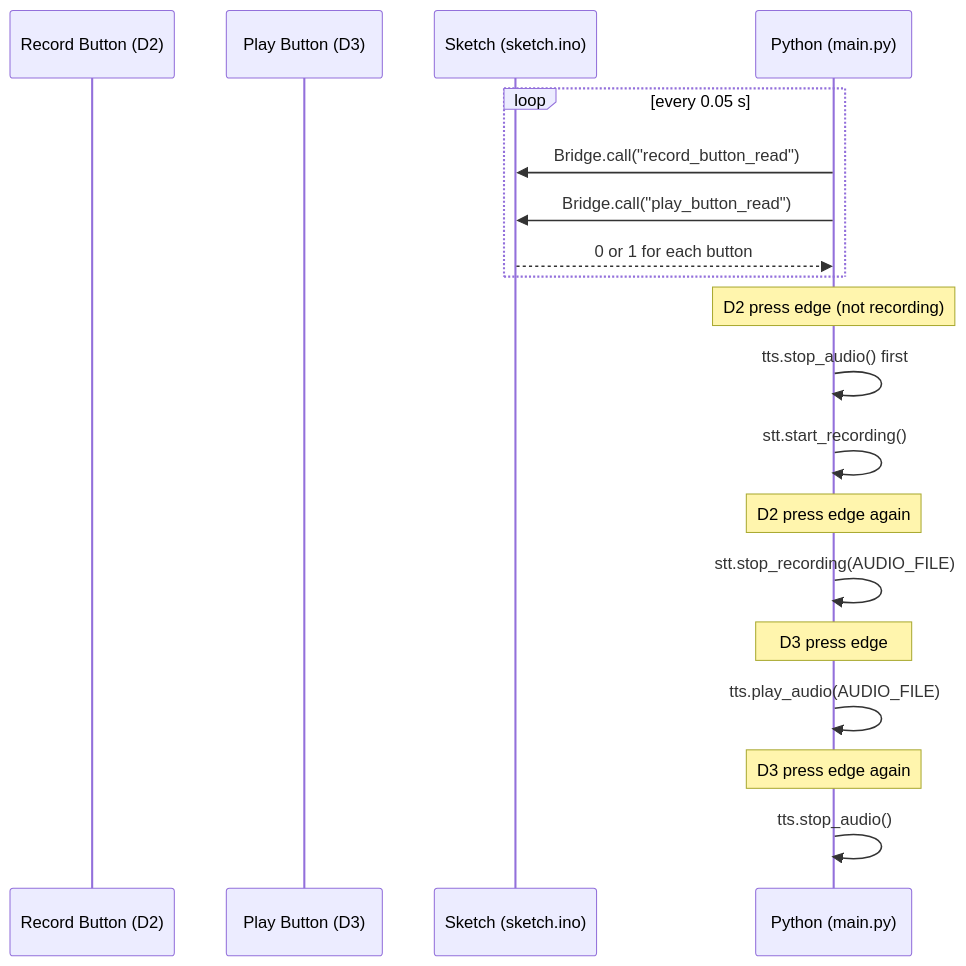
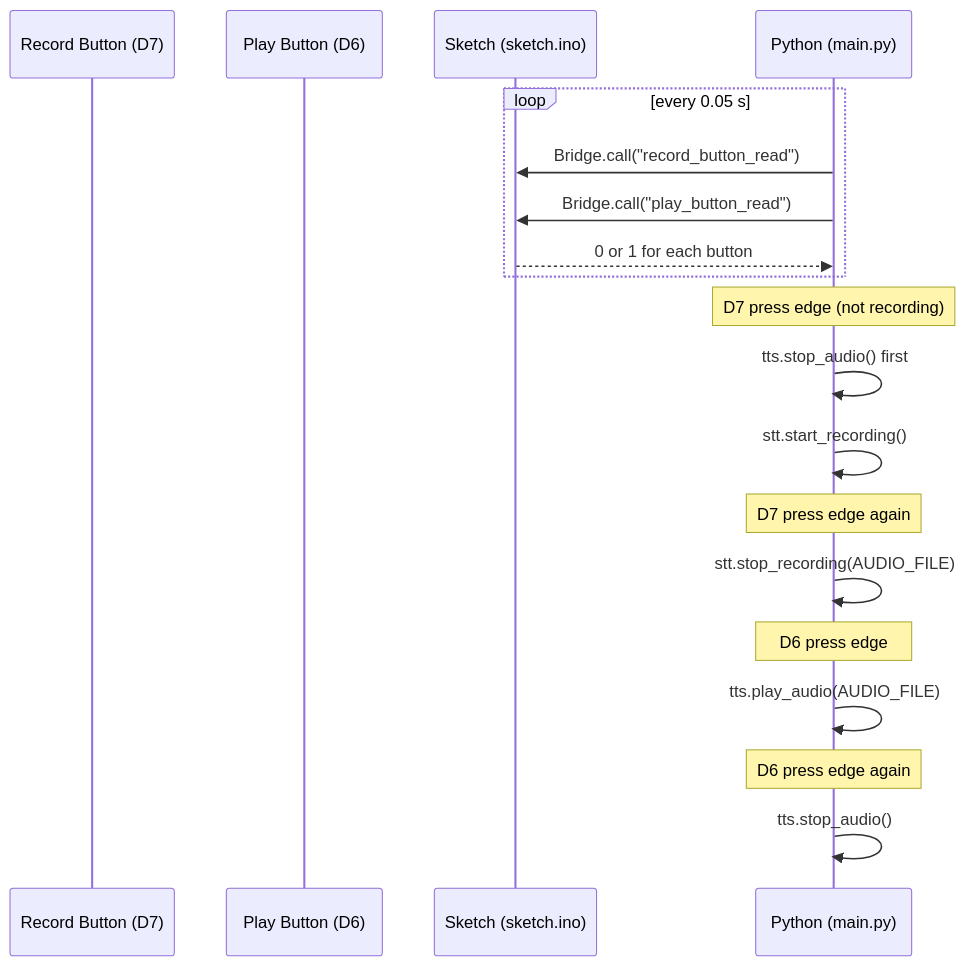
The diagram in docs/source/media/3_voice_recorder.rst (sunfounder/unoq-ai-kit), drawn with Mermaid before and after one commit. The commit also changed other lines of this file and 38 other files, not shown here.

```diff
--- a/docs/source/media/3_voice_recorder.rst
+++ b/docs/source/media/3_voice_recorder.rst
@@ -87,22 +87,22 @@
 .. mermaid::
 
    sequenceDiagram
-       participant B1 as Record Button (D2)
-       participant B2 as Play Button (D3)
+       participant B1 as Record Button (D7)
+       participant B2 as Play Button (D6)
        participant S as Sketch (sketch.ino)
        participant P as Python (main.py)
 
        loop every 0.05 s
            P->>S: Bridge.call("record_button_read")
            P->>S: Bridge.call("play_button_read")
            S-->>P: 0 or 1 for each button
        end
-       Note over P: D2 press edge (not recording)
+       Note over P: D7 press edge (not recording)
        P->>P: tts.stop_audio() first
        P->>P: stt.start_recording()
-       Note over P: D2 press edge again
+       Note over P: D7 press edge again
        P->>P: stt.stop_recording(AUDIO_FILE)
-       Note over P: D3 press edge
+       Note over P: D6 press edge
        P->>P: tts.play_audio(AUDIO_FILE)
-       Note over P: D3 press edge again
+       Note over P: D6 press edge again
        P->>P: tts.stop_audio()
```
